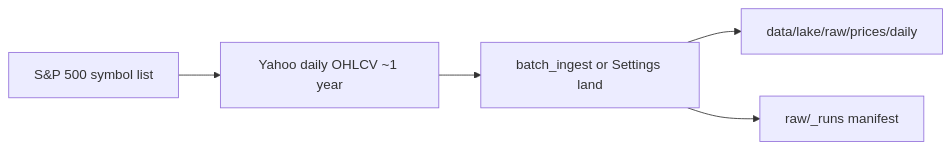
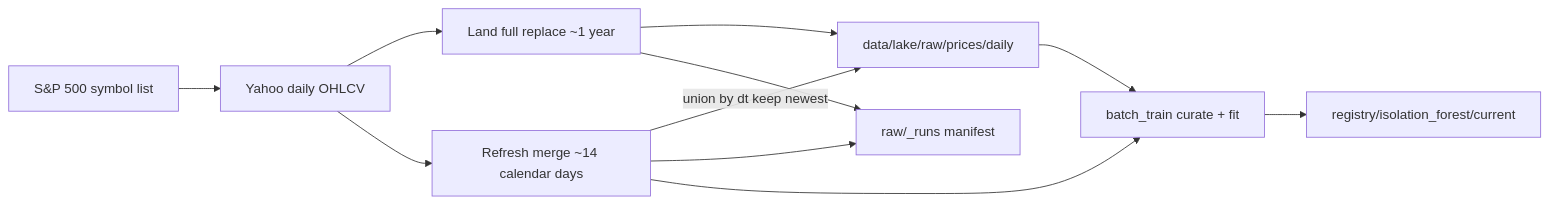
Before and after one commit to sameerde4/ticker-alert-system: the fifth of 10 diagrams in docs/architecture.md, drawn with Mermaid. The commit also changed other lines of this file and 9 other files, not shown here.

First line of the commit message:
Document forest parity, lake refresh, and forest-aware wording across diagrams.

````diff
--- a/docs/architecture.md
+++ b/docs/architecture.md
@@ -263,7 +273,13 @@
 ```mermaid
 flowchart LR
-    SP[S&P 500 symbol list] --> YF[Yahoo daily OHLCV ~1 year]
-    YF --> LAND[batch_ingest or Settings land]
+    SP[S&P 500 symbol list] --> YF[Yahoo daily OHLCV]
+    YF --> LAND[Land full replace ~1 year]
+    YF --> MER[Refresh merge ~14 calendar days]
     LAND --> RAW[data/lake/raw/prices/daily]
+    MER -->|union by dt keep newest| RAW
     LAND --> MAN[raw/_runs manifest]
+    MER --> MAN
+    MER --> TRAIN[batch_train curate + fit]
+    RAW --> TRAIN
+    TRAIN --> REG[registry/isolation_forest/current]
 ```
````
